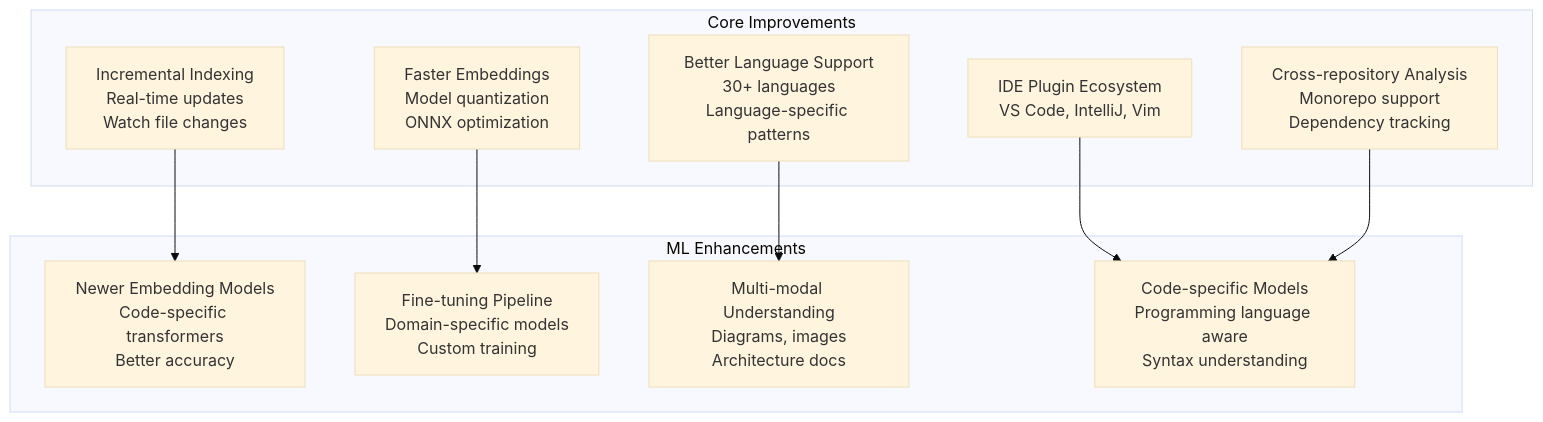
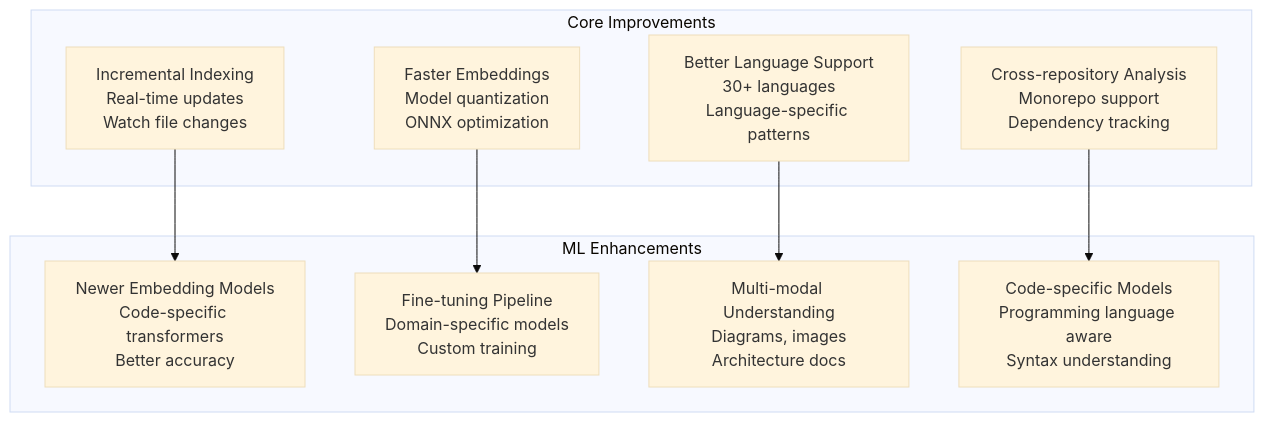
One commit to jddunn/tenets changed the third of 6 diagrams in docs/architecture/roadmap.md. Above: the diagram before and after it, drawn with Mermaid (base theme). The commit also changed other lines of this file and 2 other files, not shown here.

Commit message:
docs(arch): update architecture docs with MCP-first design

````diff
--- a/docs/architecture/roadmap.md
+++ b/docs/architecture/roadmap.md
@@ -5,23 +90,21 @@
 ```mermaid
 graph TB
     subgraph "Core Improvements"
         INCREMENTAL[Incremental Indexing<br/>Real-time updates<br/>Watch file changes]
         FASTER_EMBED[Faster Embeddings<br/>Model quantization<br/>ONNX optimization]
         LANGUAGE_SUP[Better Language Support<br/>30+ languages<br/>Language-specific patterns]
-        IDE_PLUGINS[IDE Plugin Ecosystem<br/>VS Code, IntelliJ, Vim]
         CROSS_REPO[Cross-repository Analysis<br/>Monorepo support<br/>Dependency tracking]
     end
 
     subgraph "ML Enhancements"
         NEWER_MODELS[Newer Embedding Models<br/>Code-specific transformers<br/>Better accuracy]
         FINE_TUNING[Fine-tuning Pipeline<br/>Domain-specific models<br/>Custom training]
         MULTIMODAL[Multi-modal Understanding<br/>Diagrams, images<br/>Architecture docs]
         CODE_TRANSFORMERS[Code-specific Models<br/>Programming language aware<br/>Syntax understanding]
     end
 
     INCREMENTAL --> NEWER_MODELS
     FASTER_EMBED --> FINE_TUNING
     LANGUAGE_SUP --> MULTIMODAL
-    IDE_PLUGINS --> CODE_TRANSFORMERS
     CROSS_REPO --> CODE_TRANSFORMERS
 ```
````
